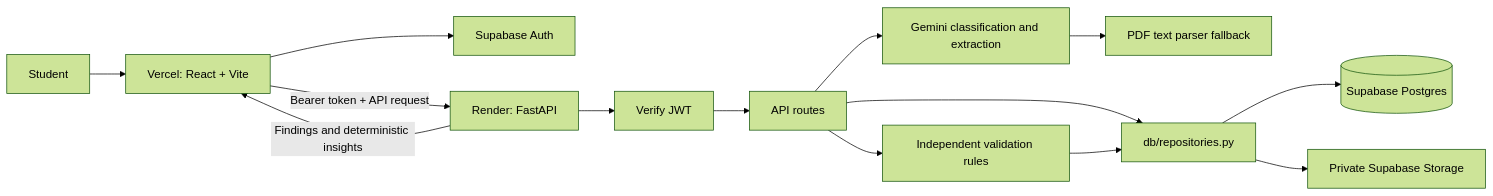
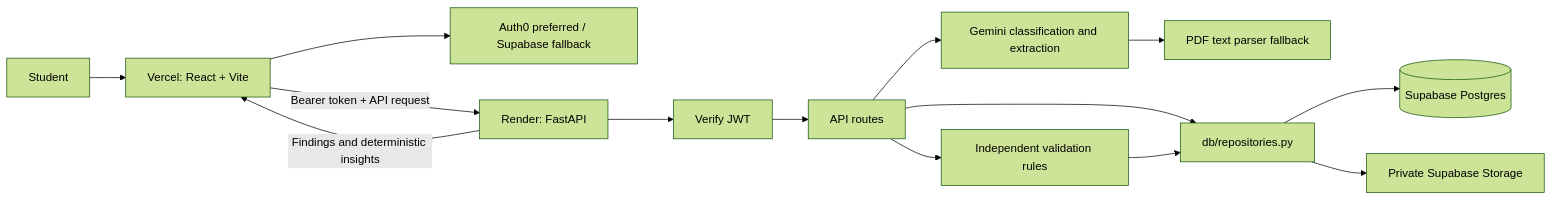
The diagram in docs/architecture.md (ManavTri/TheVibeCoders-HackPSU-2026), drawn with Mermaid (forest theme) before and after one commit. The commit also changed other lines of this file and 17 other files, not shown here.

Commit message:
Add Auth0 authentication with Supabase fallback

````diff
--- a/docs/architecture.md
+++ b/docs/architecture.md
@@ -3,16 +3,16 @@
 ```mermaid
 flowchart LR
   Student --> Vercel[Vercel: React + Vite]
-  Vercel --> Auth[Supabase Auth]
+  Vercel --> Auth[Auth0 preferred / Supabase fallback]
   Vercel -->|Bearer token + API request| Render[Render: FastAPI]
   Render --> Verify[Verify JWT]
   Verify --> Routes[API routes]
   Routes --> Extract[Gemini classification and extraction]
   Extract --> Fallback[PDF text parser fallback]
   Routes --> Rules[Independent validation rules]
   Routes --> Repositories[db/repositories.py]
   Repositories --> Postgres[(Supabase Postgres)]
   Repositories --> PrivateStorage[Private Supabase Storage]
   Rules --> Repositories
   Render -->|Findings and deterministic insights| Vercel
 ```
````
